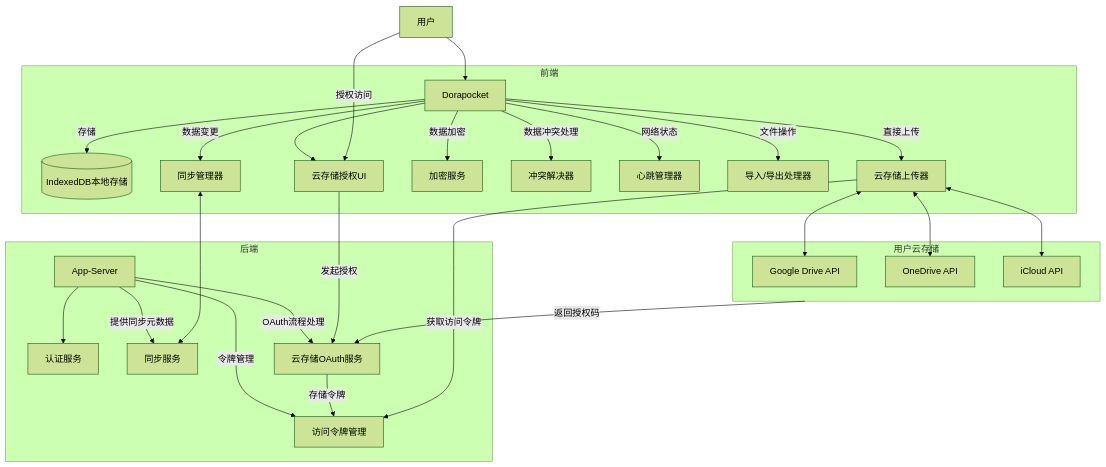
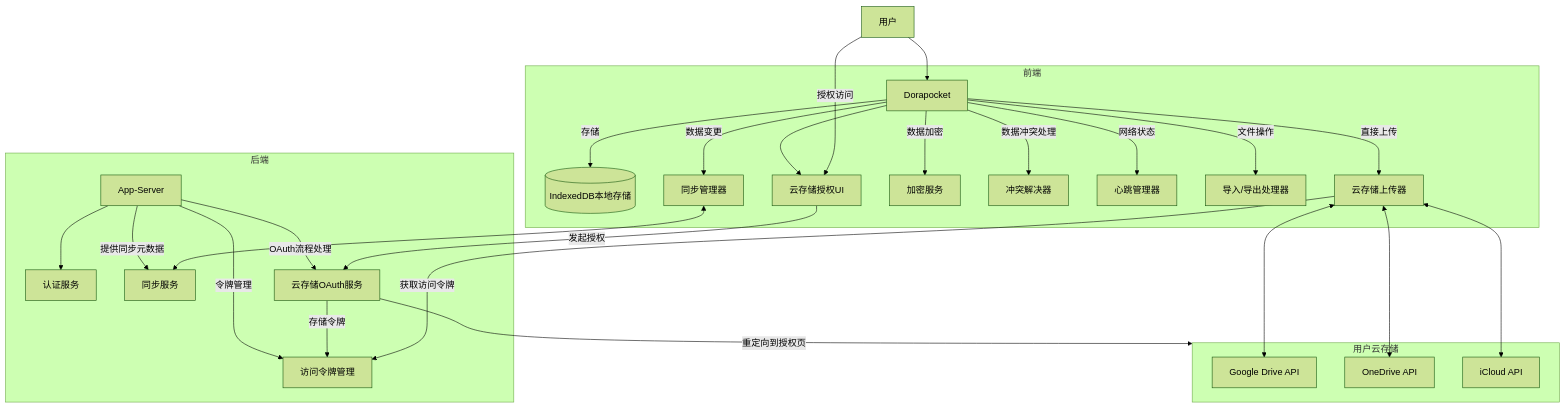
Before and after one commit to yingjianzh/iodraw-files: the diagram in all/未命名-39.md, drawn with Mermaid (forest theme).

Commit message:
2025-04-22 11:17:11 update

````diff
--- a/all/未命名-39.md
+++ b/all/未命名-39.md
@@ -1,35 +1,35 @@
 ```mermaid
 flowchart TD
     User[用户] --> FrontEnd[Dorapocket]
     
     subgraph 前端
         FrontEnd --> |存储| LocalDB[(IndexedDB本地存储)]
         FrontEnd --> |数据变更| SyncManager[同步管理器]
         FrontEnd --> CloudAuthUI[云存储授权UI]
         FrontEnd --> |数据加密| CryptoService[加密服务]
         FrontEnd --> |数据冲突处理| ConflictResolver[冲突解决器]
         FrontEnd -->|网络状态| I[心跳管理器]
         FrontEnd --> |文件操作| J[导入/导出处理器]
         FrontEnd --> |直接上传| CloudUploader[云存储上传器]
     end
     
     subgraph 后端
         AppServer[App-Server] --> AuthService[认证服务]
         AppServer --> |提供同步元数据| SyncService[同步服务]
         AppServer --> |OAuth流程处理| CloudOAuthService[云存储OAuth服务]
         AppServer --> |令牌管理| TokenManager[访问令牌管理]
     end
     
     subgraph 用户云存储
         CloudUploader <--> GoogleDrive[Google Drive API]
         CloudUploader <--> OneDrive[OneDrive API]
         CloudUploader <--> iCloud[iCloud API]
     end
     
     User -- "授权访问" --> CloudAuthUI
     CloudAuthUI -- "发起授权" --> CloudOAuthService
-    用户云存储 -- "返回授权码" --> CloudOAuthService
+    CloudOAuthService -- "重定向到授权页" --> 用户云存储
     CloudOAuthService -- "存储令牌" --> TokenManager
     CloudUploader -- "获取访问令牌" --> TokenManager
     SyncManager <--> SyncService
 ```
````
